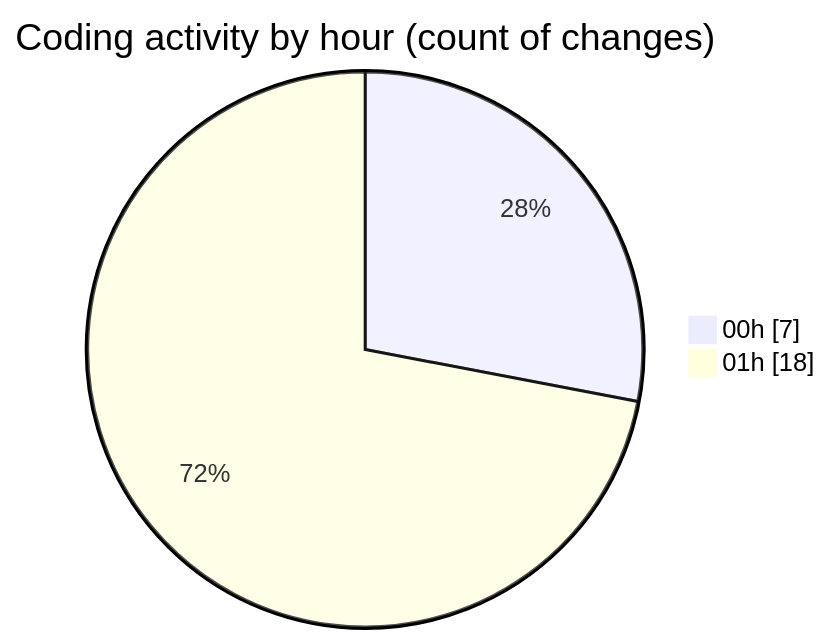
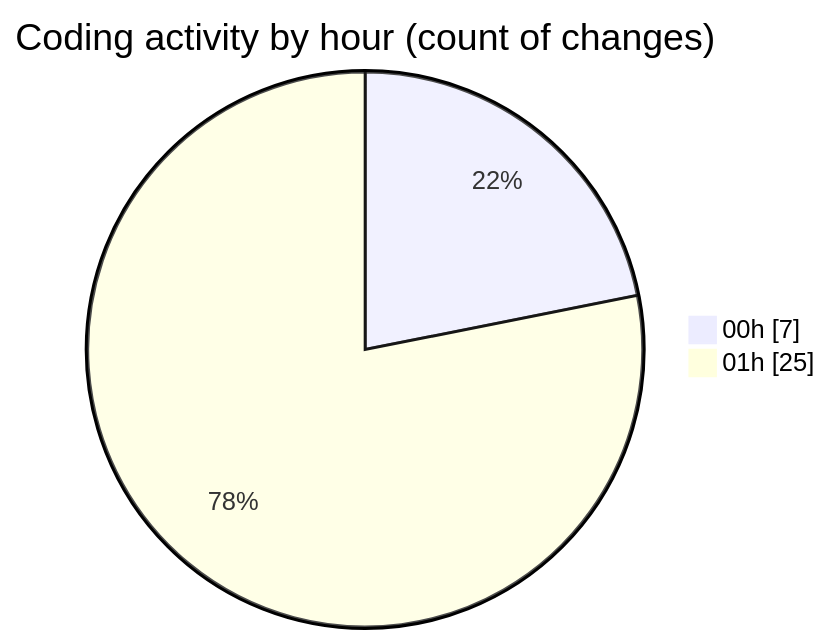
Before and after one commit to charlie-sans/code-tracking: the second of 2 diagrams in 2025-02-23/micros/README.md, drawn with Mermaid. The commit also changed other lines of this file and 1 other file, not shown here.

````diff
--- a/2025-02-23/micros/README.md
+++ b/2025-02-23/micros/README.md
@@ -34,6 +35,6 @@
 ```mermaid
 pie showData
 title Coding activity by hour (count of changes)
 "00h" : 7
-"01h" : 18
+"01h" : 25
 ```
````
